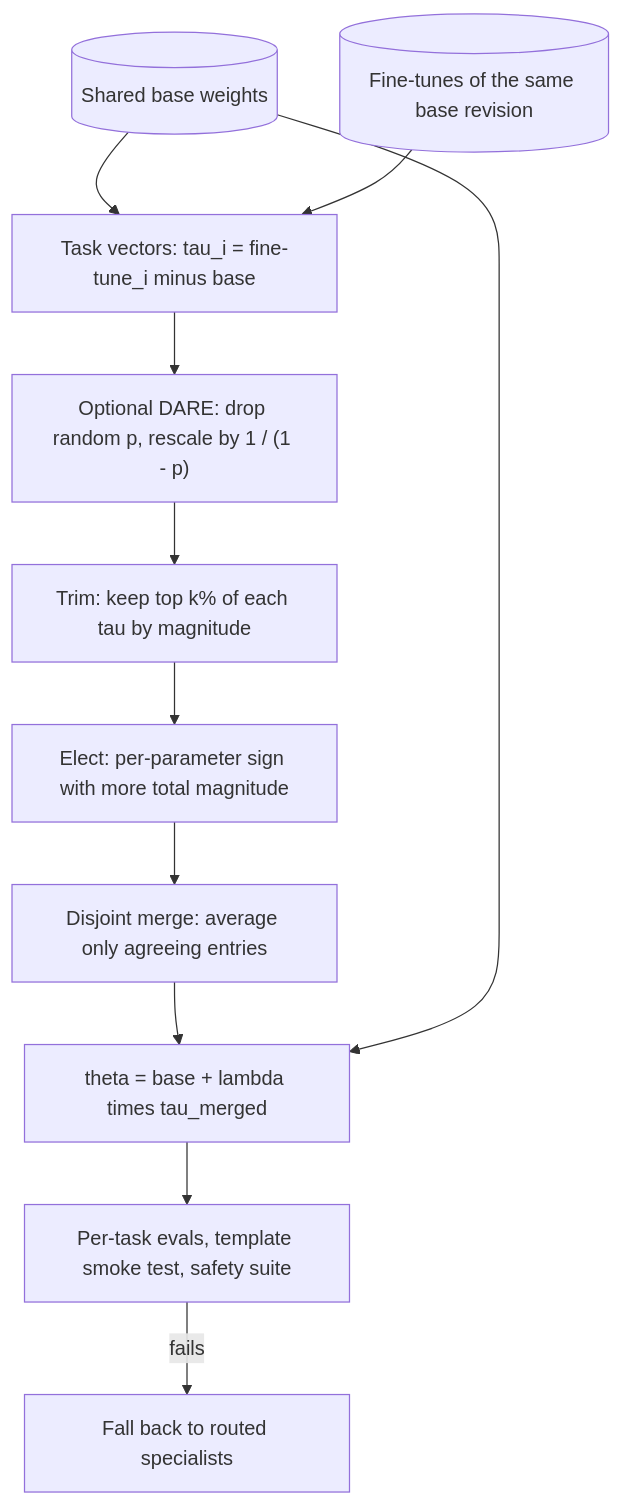
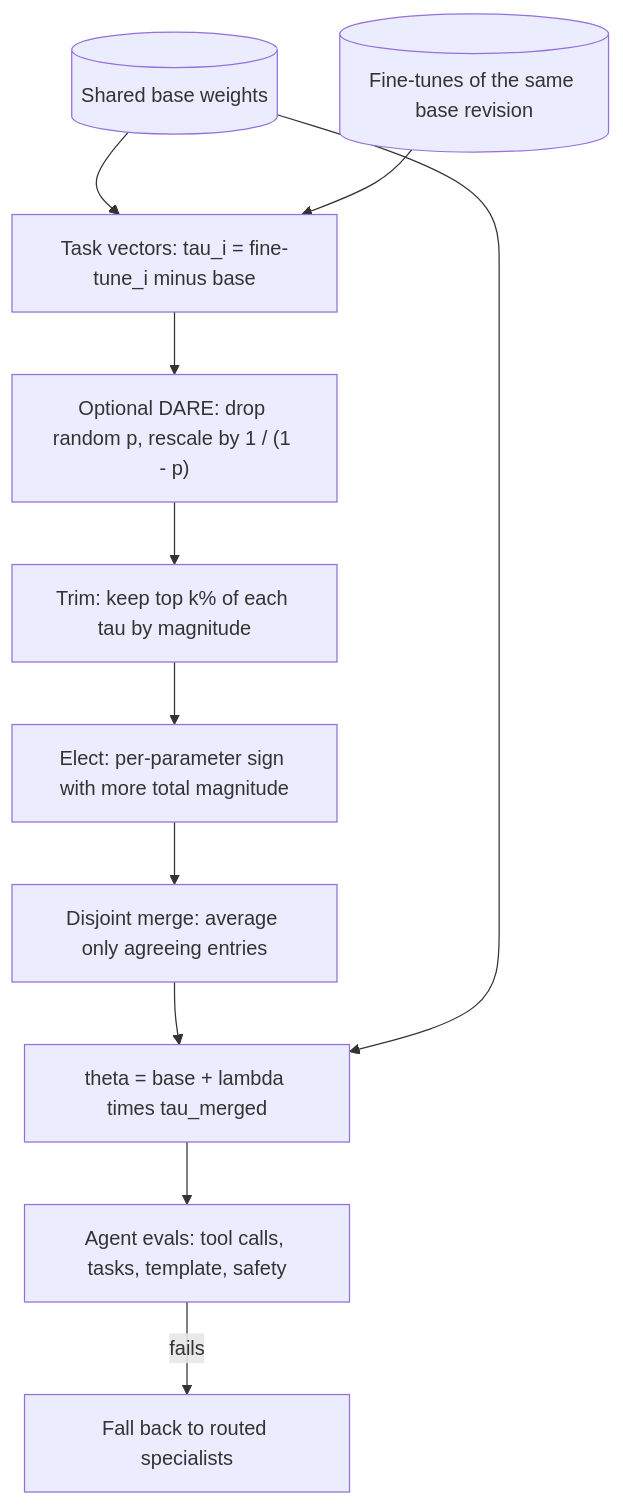
The diagram in content/training-adaptation/model-merging.md (lovishmahajan97/agentic-learning), drawn with Mermaid before and after one commit. The commit also changed other lines of this file and 266 other files, not shown here.

````diff
--- a/content/training-adaptation/model-merging.md
+++ b/content/training-adaptation/model-merging.md
@@ -138,13 +165,13 @@
 ```mermaid
 flowchart TD
     B[("Shared base weights")] --> T["Task vectors: tau_i = fine-tune_i minus base"]
     F[("Fine-tunes of the same base revision")] --> T
     T --> D["Optional DARE: drop random p, rescale by 1 / (1 - p)"]
     D --> TR["Trim: keep top k% of each tau by magnitude"]
     TR --> EL["Elect: per-parameter sign with more total magnitude"]
     EL --> DM["Disjoint merge: average only agreeing entries"]
     DM --> M["theta = base + lambda times tau_merged"]
     B --> M
-    M --> G["Per-task evals, template smoke test, safety suite"]
+    M --> G["Agent evals: tool calls, tasks, template, safety"]
     G -->|"fails"| R["Fall back to routed specialists"]
 ```
````
